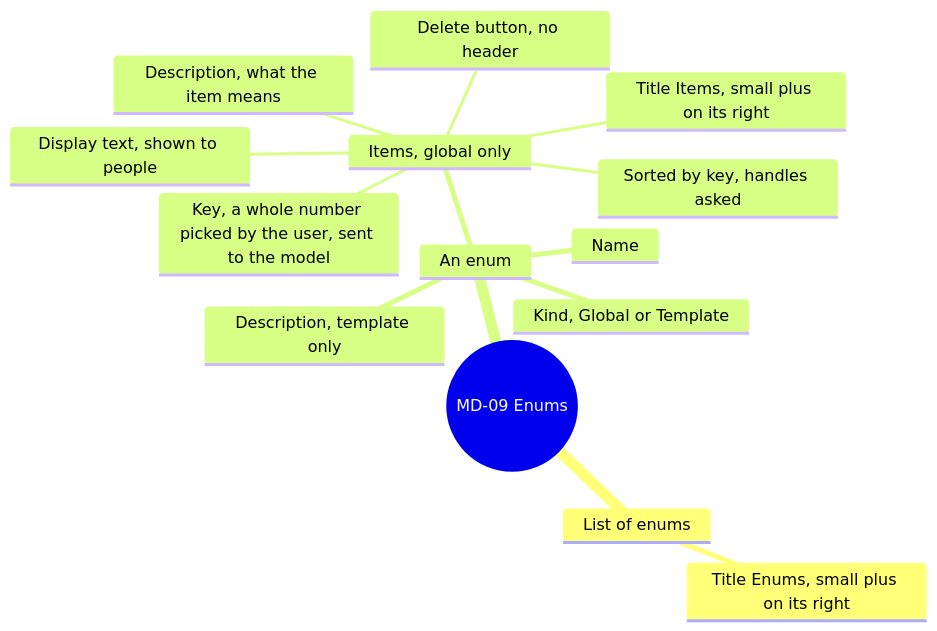
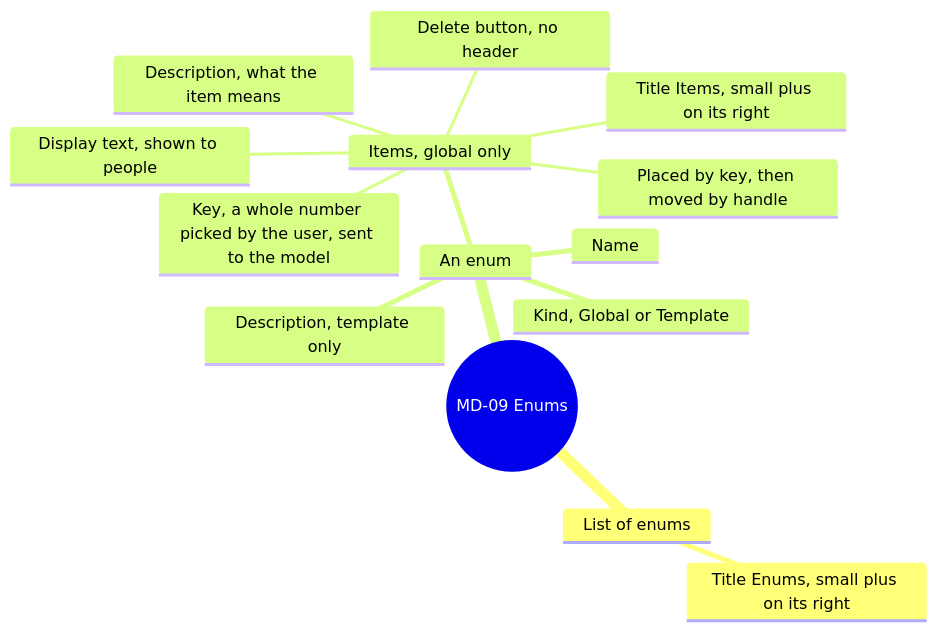
Diagram 15 of 16 in screens/metadata.md (AlexandreGallais/synoptic-studio-spec), drawn with Mermaid before and after one commit. The commit also changed other lines of this file and 2 other files, not shown here.

First line of the commit message:
docs(enums): add item handles and allow key changes

````diff
--- a/screens/metadata.md
+++ b/screens/metadata.md
@@ -496,17 +496,17 @@
 ```mermaid
 mindmap
   root((MD-09 Enums))
     List of enums
       Title Enums, small plus on its right
     An enum
       Name
       Kind, Global or Template
       Description, template only
       Items, global only
         Title Items, small plus on its right
         Key, a whole number picked by the user, sent to the model
         Display text, shown to people
         Description, what the item means
         Delete button, no header
-        Sorted by key, handles asked
+        Placed by key, then moved by handle
 ```
````
